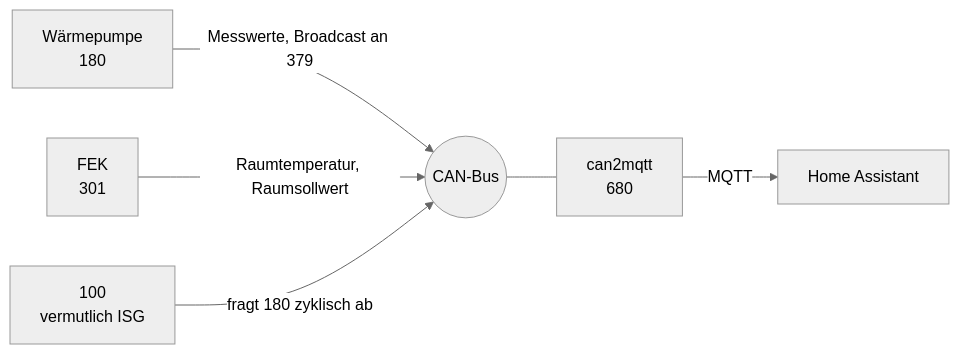
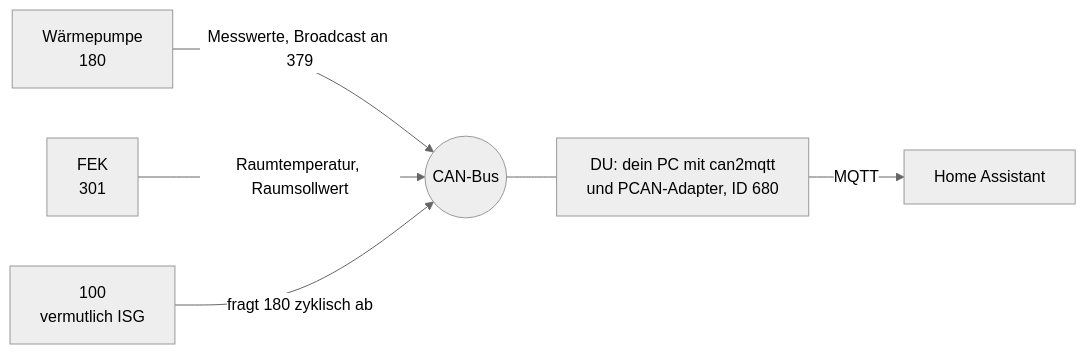
The diagram in README.md (Monaco85/PCAN2mqtt_core), drawn with Mermaid (neutral theme) before and after one commit. The commit also changed other lines of this file and 1 other file, not shown here.

Commit message:
Doku: Rolle des Anwenders im Bus-Diagramm erklaert
Im Diagramm und in der Teilnehmertabelle ist jetzt gekennzeichnet, dass der
Leser der Teilnehmer 680 ist: PC mit PCAN-Adapter und can2mqtt, auch fuer
Testframes aus PCAN-View.

````diff
--- a/README.md
+++ b/README.md
@@ -59,8 +59,8 @@
 ```mermaid
 flowchart LR
     WP["Wärmepumpe<br/>180"] -- "Messwerte, Broadcast an 379" --> BUS(("CAN-Bus"))
     FEK["FEK<br/>301"] -- "Raumtemperatur, Raumsollwert" --> BUS
     ISG["100<br/>vermutlich ISG"] -- "fragt 180 zyklisch ab" --> BUS
-    BUS --- C2M["can2mqtt<br/>680"]
+    BUS --- C2M["DU: dein PC mit can2mqtt<br/>und PCAN-Adapter, ID 680"]
     C2M -- "MQTT" --> HA["Home Assistant"]
 ```
````
